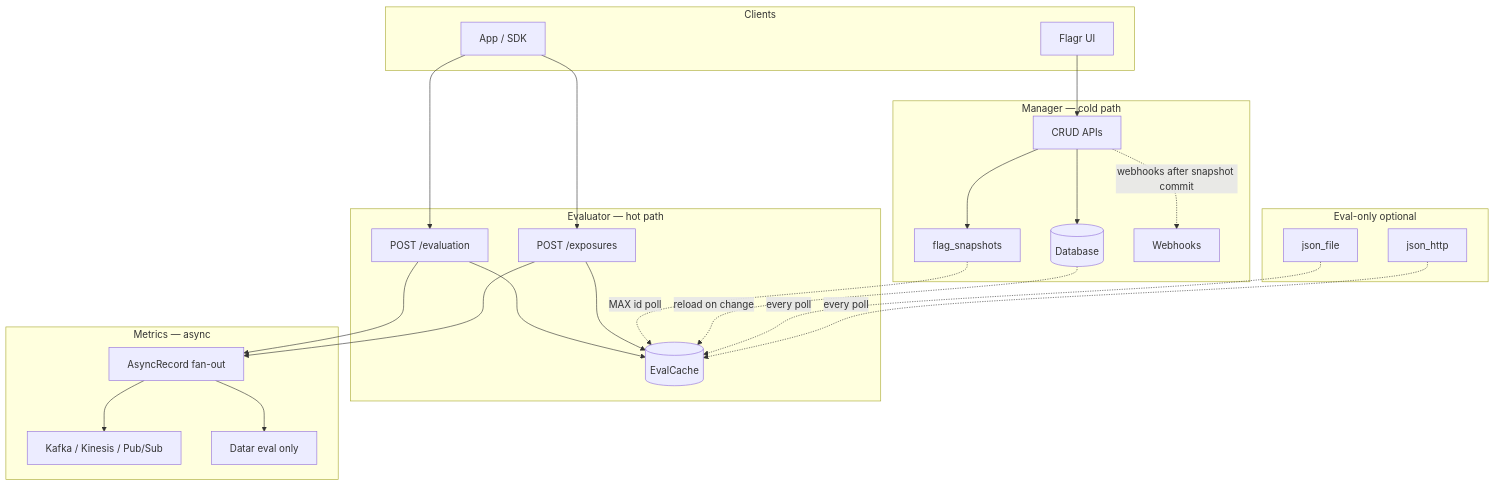
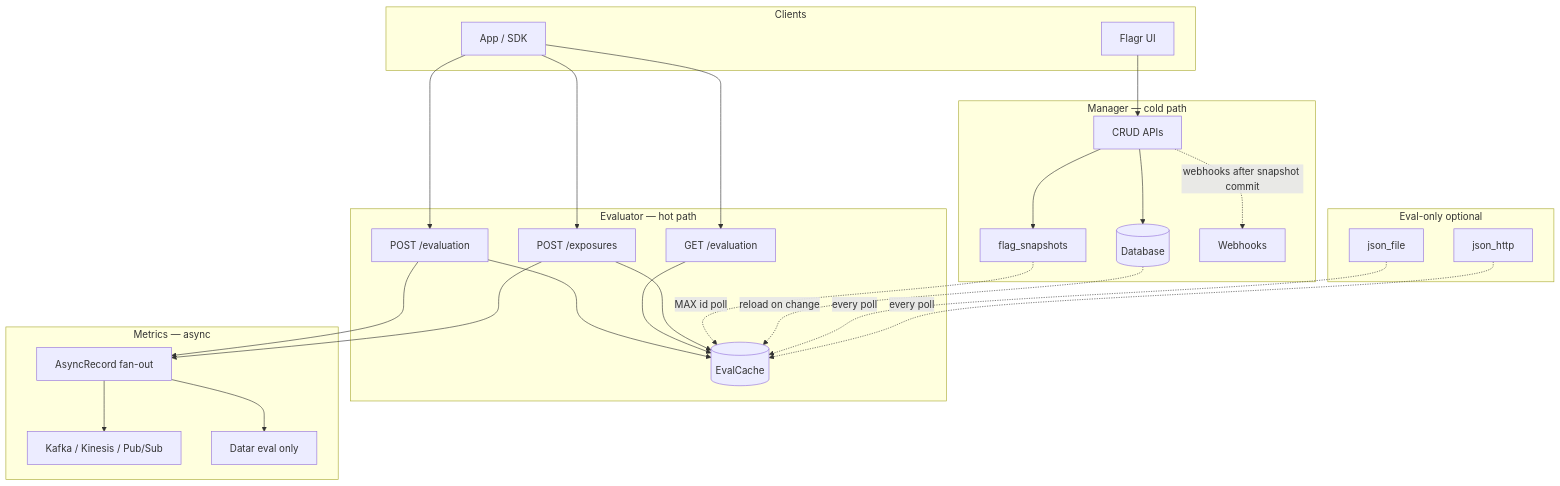
The diagram in docs/flagr_overview.md (openflagr/flagr), drawn with Mermaid before and after one commit. The commit also changed other lines of this file and 6 other files, not shown here.

First line of the commit message:
docs: GET eval overview/README; split GET tests to eval_get_test.go

````diff
--- a/docs/flagr_overview.md
+++ b/docs/flagr_overview.md
@@ -149,48 +149,51 @@
 ```mermaid
 flowchart TB
   subgraph clients [Clients]
     App[App / SDK]
     UI[Flagr UI]
   end
 
   subgraph evaluator [Evaluator — hot path]
     Eval["POST /evaluation"]
+    EvalGet["GET /evaluation"]
     Exp["POST /exposures"]
     EC[(EvalCache)]
     Eval --> EC
+    EvalGet --> EC
     Exp --> EC
   end
 
   subgraph manager [Manager — cold path]
     CRUD[CRUD APIs]
     DB[(Database)]
     FS[flag_snapshots]
     WH[Webhooks]
     UI --> CRUD
     CRUD --> DB
     CRUD --> FS
     CRUD -. webhooks after snapshot commit .-> WH
   end
 
   subgraph metrics [Metrics — async]
     AR[AsyncRecord fan-out]
     Stream[Kafka / Kinesis / Pub/Sub]
     DT[Datar eval only]
     AR --> Stream
     AR --> DT
   end
 
   subgraph gitops [Eval-only optional]
     JF[json_file]
     JH[json_http]
   end
 
   App --> Eval
+  App --> EvalGet
   App --> Exp
   Eval --> AR
   Exp --> AR
   FS -. MAX id poll .-> EC
   DB -. reload on change .-> EC
   JF -. every poll .-> EC
   JH -. every poll .-> EC
 ```
````
